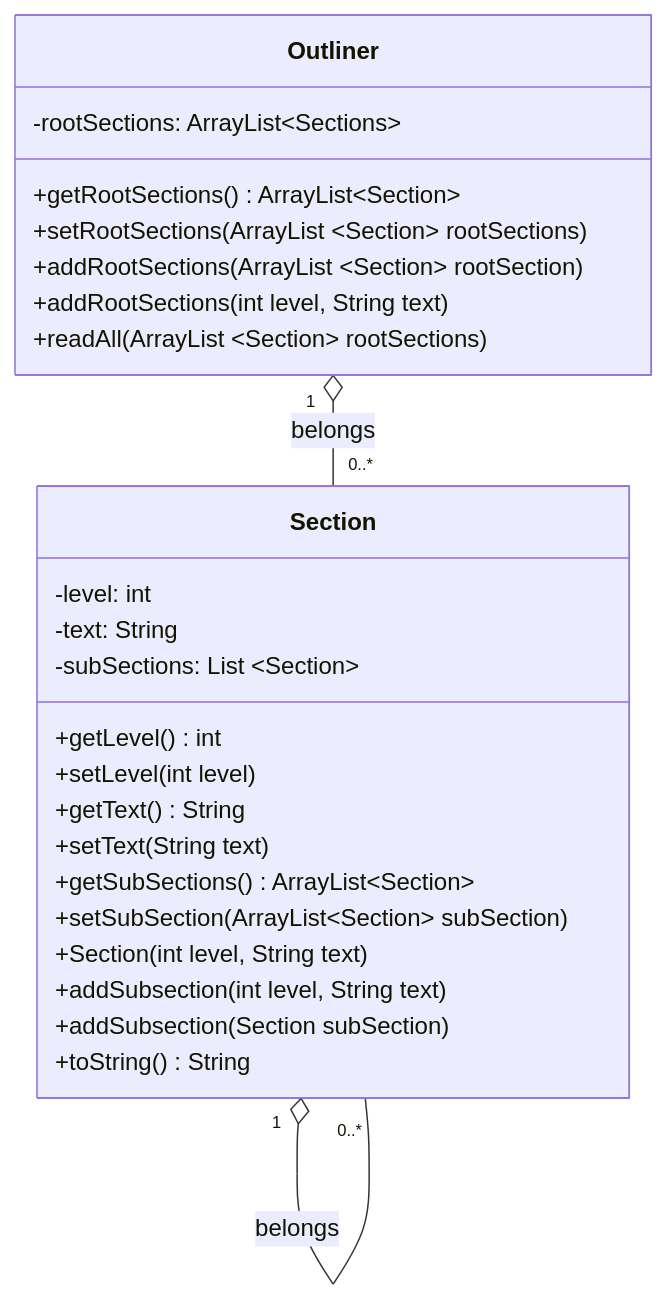
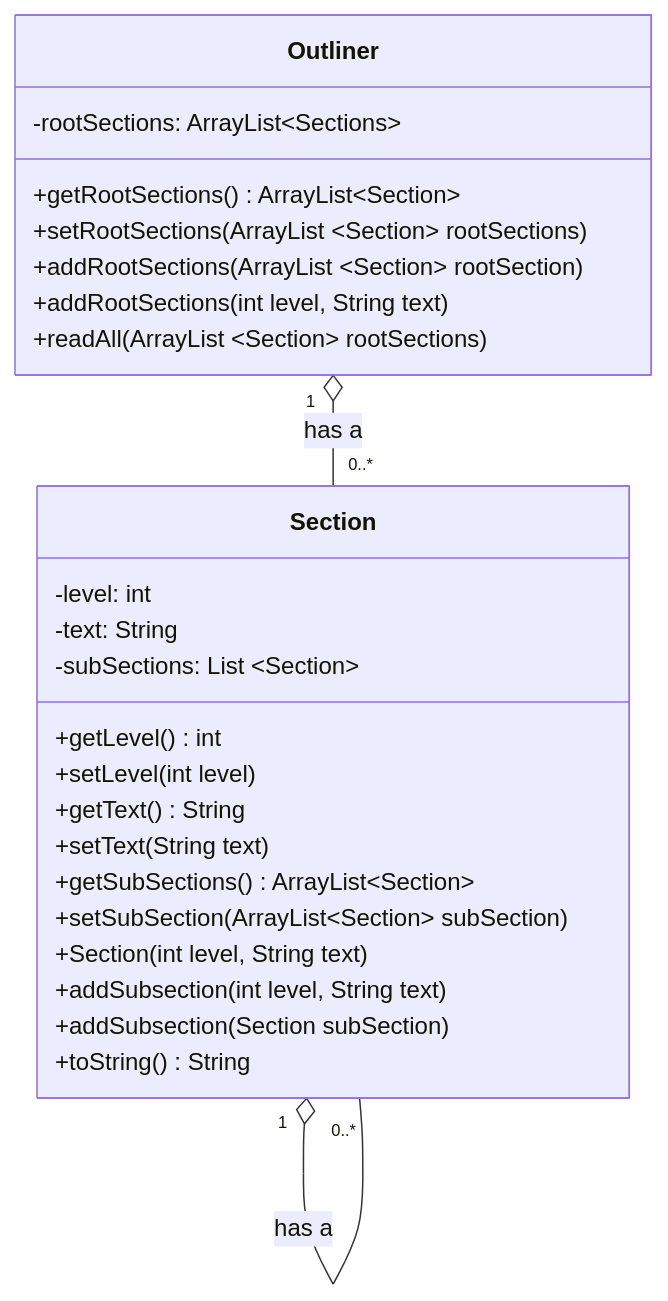
Before and after one commit to itsjihunpark/Microsoft-Word-Outliner-Clone: the diagram in docs/UMLTemplate.md, drawn with Mermaid.

````diff
--- a/docs/UMLTemplate.md
+++ b/docs/UMLTemplate.md
@@ -24,30 +24,30 @@
 ```mermaid
 classDiagram
-    Outliner "1" o-- "0..*" Section : belongs
-    Section "1" o-- "0..*" Section : belongs 
+    Outliner "1" o-- "0..*" Section : has a 
+    Section "1" o-- "0..*" Section : has a
     class Outliner{
       -rootSections: ArrayList~Sections~
       +getRootSections() ArrayList~Section~
       +setRootSections(ArrayList ~Section~ rootSections) 
       +addRootSections(ArrayList ~Section~ rootSection)
       +addRootSections(int level, String text)
       +readAll(ArrayList ~Section~ rootSections)
       
     }
     class Section{
       -level: int
       -text: String
       -subSections: List ~Section~
       +getLevel() int
       +setLevel(int level)
       +getText() String
       +setText(String text)
       +getSubSections() ArrayList~Section~
       +setSubSection(ArrayList~Section~ subSection)
       +Section(int level, String text)
       +addSubsection(int level, String text)
       +addSubsection(Section subSection)
       +toString() String
     }
 
 ```
````
